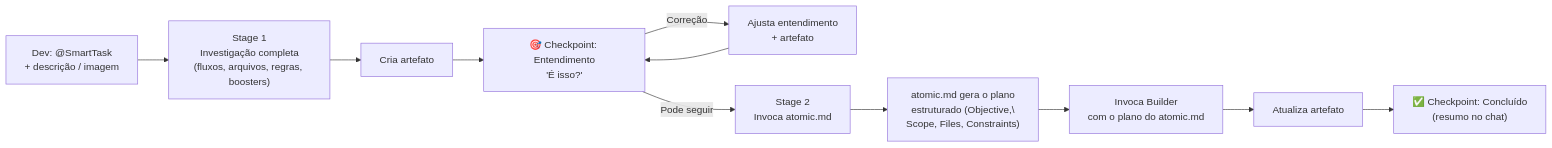
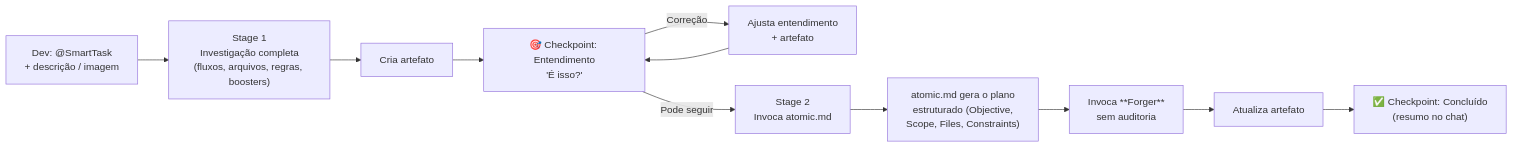
Before and after one commit to MaikonRodrigs/dev-booster: the diagram in .devbooster/boosters/smart-task.md, drawn with Mermaid. The commit also changed other lines of this file and 70 other files, not shown here.

````diff
--- a/.devbooster/boosters/smart-task.md
+++ b/.devbooster/boosters/smart-task.md
@@ -276,13 +276,13 @@
 ```mermaid
 flowchart LR
     A["Dev: @SmartTask<br/>+ descrição / imagem"] --> B["Stage 1<br/>Investigação completa<br/>(fluxos, arquivos, regras, boosters)"]
     B --> C["Cria artefato"]
     C --> D["🎯 Checkpoint: Entendimento<br/>'É isso?'"]
     D -->|"Correção"| E["Ajusta entendimento<br/>+ artefato"]
     E --> D
     D -->|"Pode seguir"| F["Stage 2<br/>Invoca atomic.md"]
-    F --> G["atomic.md gera o plano<br/>estruturado (Objective,\<br/>Scope, Files, Constraints)"]
-    G --> H["Invoca Builder<br/>com o plano do atomic.md"]
+    F --> G["atomic.md gera o plano<br/>estruturado (Objective,<br/>Scope, Files, Constraints)"]
+    G --> H["Invoca **Forger**<br/>sem auditoria"]
     H --> I["Atualiza artefato"]
     I --> J["✅ Checkpoint: Concluído<br/>(resumo no chat)"]
 ```
````
